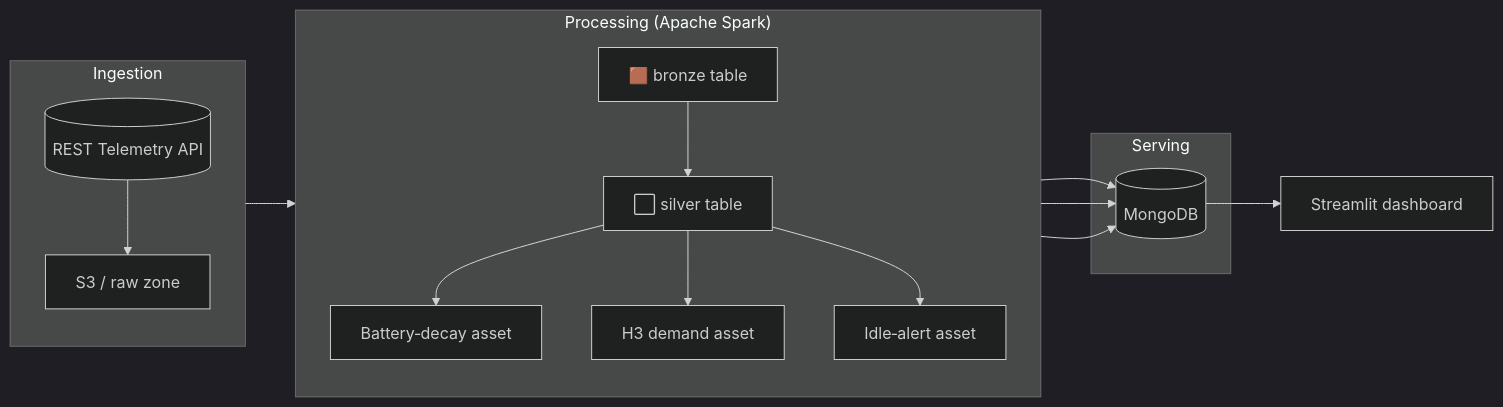
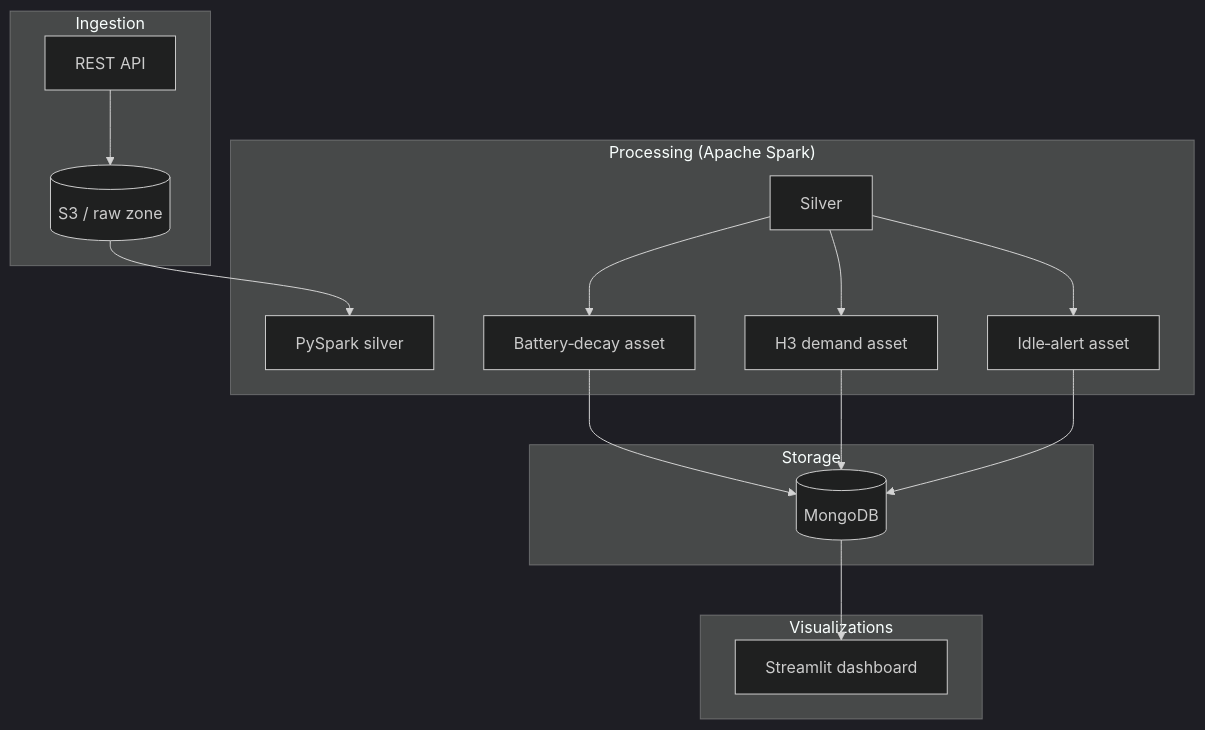
The diagram in README.md (JosephJ7/diss-project), drawn with Mermaid (dark theme) before and after one commit.

Commit message:
[ADD] : arth s

````diff
--- a/README.md
+++ b/README.md
@@ -38,25 +38,25 @@
 ```mermaid
-flowchart LR
+flowchart TD
   %% Ingestion layer
   subgraph Ingestion ["Ingestion"]
-    direction TB
-    API[(REST Telemetry API)] --> S3raw[S3 / raw zone]
+    API[REST API] --> S3raw[(S3 / raw zone)]
   end
 
   %% Processing layer
   subgraph Processing ["Processing (Apache Spark)"]
-    direction TB
-    S3raw --> Bronze[🟫 bronze table]
-    Bronze --> Silver[⬜ silver table]
+    S3raw --> C[PySpark silver]
     Silver --> Battery[Battery‑decay asset]
     Silver --> Demand[H3 demand asset]
     Silver --> Idle[Idle‑alert asset]
   end
 
-  %% Serving layer
-  subgraph Serving ["Serving"]
+  %% Storage layer
+  subgraph Storage ["Storage"]
     Battery & Demand & Idle --> Mongo[(MongoDB)]
   end
 
-  Mongo --> Streamlit[Streamlit dashboard]
+  %% Visualizations layer
+  subgraph Visualizations ["Visualizations"]
+    Mongo --> Streamlit[Streamlit dashboard]
+  end
 ```
````
